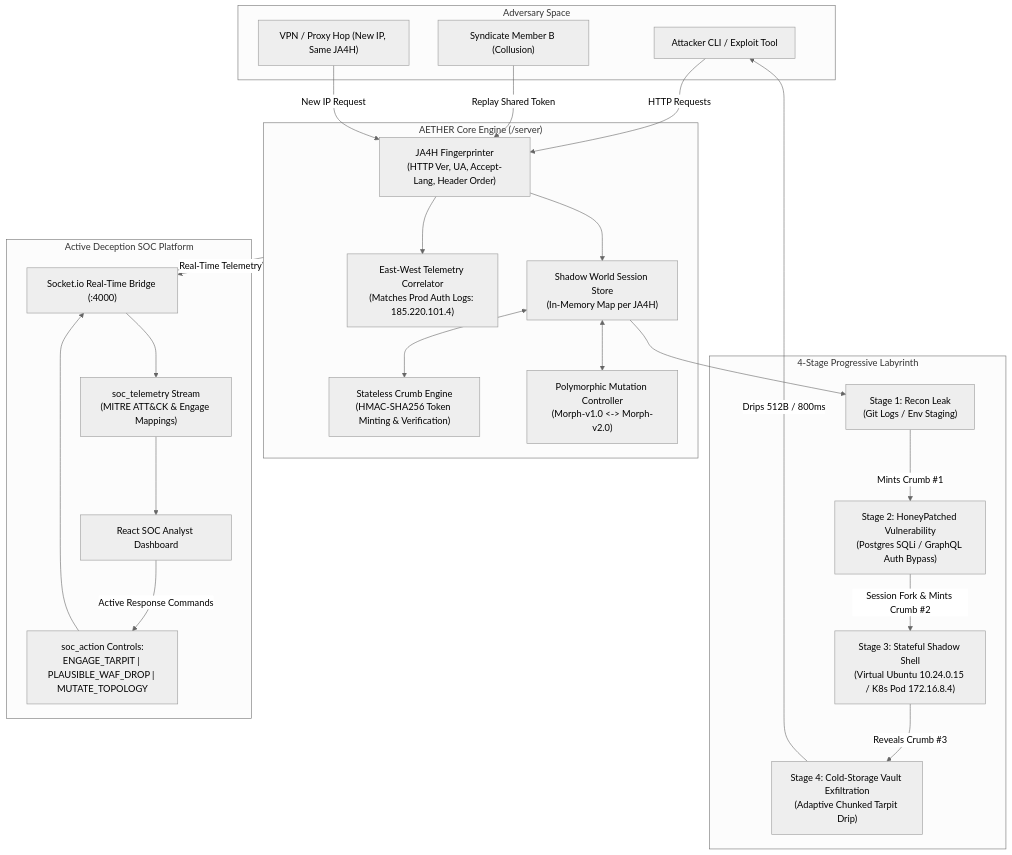
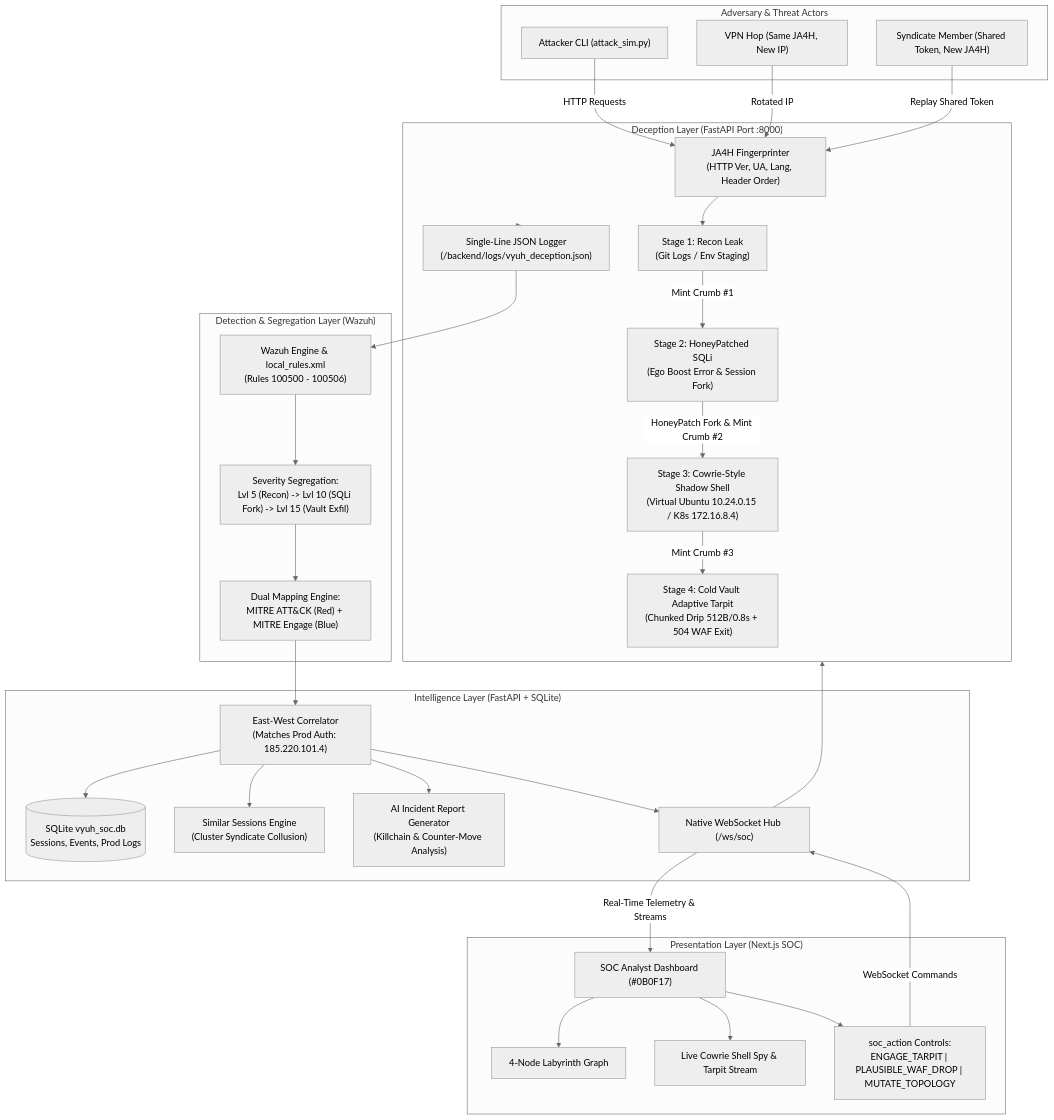
One commit to losthread/pyrite changed the diagram in ARCHITECTURE.md. Above: the diagram before and after it, drawn with Mermaid (neutral theme). The commit also changed other lines of this file and 24 other files, not shown here.

Commit message:
feat(vyuh): standardize to FastAPI + Wazuh + SQLite + Python Attacker CLI

````diff
--- a/ARCHITECTURE.md
+++ b/ARCHITECTURE.md
@@ -25,51 +24,63 @@
 ```mermaid
 flowchart TD
-    subgraph AttackerSpace ["Adversary Space"]
-        ATK["Attacker CLI / Exploit Tool"]
-        SYN["Syndicate Member B (Collusion)"]
-        VPN["VPN / Proxy Hop (New IP, Same JA4H)"]
+    subgraph Adversary ["Adversary & Threat Actors"]
+        SIM["Attacker CLI (attack_sim.py)"]
+        VPN["VPN Hop (Same JA4H, New IP)"]
+        SYN["Syndicate Member (Shared Token, New JA4H)"]
     end
 
-    subgraph CoreLayer ["AETHER Core Engine (/server)"]
-        JA4H["JA4H Fingerprinter\n(HTTP Ver, UA, Accept-Lang, Header Order)"]
-        AUTH_CORR["East-West Telemetry Correlator\n(Matches Prod Auth Logs: 185.220.101.4)"]
-        SHADOW["Shadow World Session Store\n(In-Memory Map per JA4H)"]
-        CRYPTO["Stateless Crumb Engine\n(HMAC-SHA256 Token Minting & Verification)"]
-        POLY["Polymorphic Mutation Controller\n(Morph-v1.0 <-> Morph-v2.0)"]
+    subgraph DeceptionLayer ["Deception Layer (FastAPI Port :8000)"]
+        JA4H["JA4H Fingerprinter\n(HTTP Ver, UA, Lang, Header Order)"]
+        S1["Stage 1: Recon Leak\n(Git Logs / Env Staging)"]
+        S2["Stage 2: HoneyPatched SQLi\n(Ego Boost Error & Session Fork)"]
+        S3["Stage 3: Cowrie-Style Shadow Shell\n(Virtual Ubuntu 10.24.0.15 / K8s 172.16.8.4)"]
+        S4["Stage 4: Cold Vault Adaptive Tarpit\n(Chunked Drip 512B/0.8s + 504 WAF Exit)"]
+        LOGS["Single-Line JSON Logger\n(/backend/logs/vyuh_deception.json)"]
     end
 
-    subgraph Stages ["4-Stage Progressive Labyrinth"]
-        S1["Stage 1: Recon Leak\n(Git Logs / Env Staging)"]
-        S2["Stage 2: HoneyPatched Vulnerability\n(Postgres SQLi / GraphQL Auth Bypass)"]
-        S3["Stage 3: Stateful Shadow Shell\n(Virtual Ubuntu 10.24.0.15 / K8s Pod 172.16.8.4)"]
-        S4["Stage 4: Cold-Storage Vault Exfiltration\n(Adaptive Chunked Tarpit Drip)"]
+    subgraph DetectionLayer ["Detection & Segregation Layer (Wazuh)"]
+        WAZUH["Wazuh Engine & local_rules.xml\n(Rules 100500 - 100506)"]
+        LEVELS["Severity Segregation:\nLvl 5 (Recon) -> Lvl 10 (SQLi Fork) -> Lvl 15 (Vault Exfil)"]
+        DUAL_MAP["Dual Mapping Engine:\nMITRE ATT&CK (Red) + MITRE Engage (Blue)"]
     end
 
-    subgraph SOC ["Active Deception SOC Platform"]
-        WS["Socket.io Real-Time Bridge (:4000)"]
-        TELEMETRY["soc_telemetry Stream\n(MITRE ATT&CK & Engage Mappings)"]
-        DASH["React SOC Analyst Dashboard"]
+    subgraph IntelligenceLayer ["Intelligence Layer (FastAPI + SQLite)"]
+        DB[(SQLite vyuh_soc.db\nSessions, Events, Prod Logs)]
+        CORR["East-West Correlator\n(Matches Prod Auth: 185.220.101.4)"]
+        SIMILAR["Similar Sessions Engine\n(Cluster Syndicate Collusion)"]
+        LLM["AI Incident Report Generator\n(Killchain & Counter-Move Analysis)"]
+        WS_HUB["Native WebSocket Hub (/ws/soc)"]
+    end
+
+    subgraph PresentationLayer ["Presentation Layer (Next.js SOC)"]
+        DASH["SOC Analyst Dashboard (#0B0F17)"]
+        GRAPH["4-Node Labyrinth Graph"]
+        SPY["Live Cowrie Shell Spy & Tarpit Stream"]
         ACTIONS["soc_action Controls:\nENGAGE_TARPIT | PLAUSIBLE_WAF_DROP | MUTATE_TOPOLOGY"]
     end
 
-    ATK -->|HTTP Requests| JA4H
+    SIM -->|HTTP Requests| JA4H
+    VPN -->|Rotated IP| JA4H
     SYN -->|Replay Shared Token| JA4H
-    VPN -->|New IP Request| JA4H
-    JA4H --> AUTH_CORR
-    JA4H --> SHADOW
-    SHADOW <--> CRYPTO
-    SHADOW <--> POLY
-
-    SHADOW --> S1
-    S1 -->|Mints Crumb #1| S2
-    S2 -->|Session Fork & Mints Crumb #2| S3
-    S3 -->|Reveals Crumb #3| S4
-
-    S4 -->|Drips 512B / 800ms| ATK
-    CoreLayer -->|Real-Time Telemetry| WS
-    WS --> TELEMETRY
-    TELEMETRY --> DASH
-    DASH -->|Active Response Commands| ACTIONS
-    ACTIONS --> WS
-    WS --> CoreLayer
+    JA4H --> S1
+    S1 -->|Mint Crumb #1| S2
+    S2 -->|HoneyPatch Fork & Mint Crumb #2| S3
+    S3 -->|Mint Crumb #3| S4
+    
+    DeceptionLayer --> LOGS
+    LOGS --> WAZUH
+    WAZUH --> LEVELS
+    LEVELS --> DUAL_MAP
+    DUAL_MAP --> CORR
+    CORR --> DB
+    CORR --> SIMILAR
+    CORR --> LLM
+    CORR --> WS_HUB
+    
+    WS_HUB -->|Real-Time Telemetry & Streams| DASH
+    DASH --> GRAPH
+    DASH --> SPY
+    DASH --> ACTIONS
+    ACTIONS -->|WebSocket Commands| WS_HUB
+    WS_HUB --> DeceptionLayer
 ```
````
